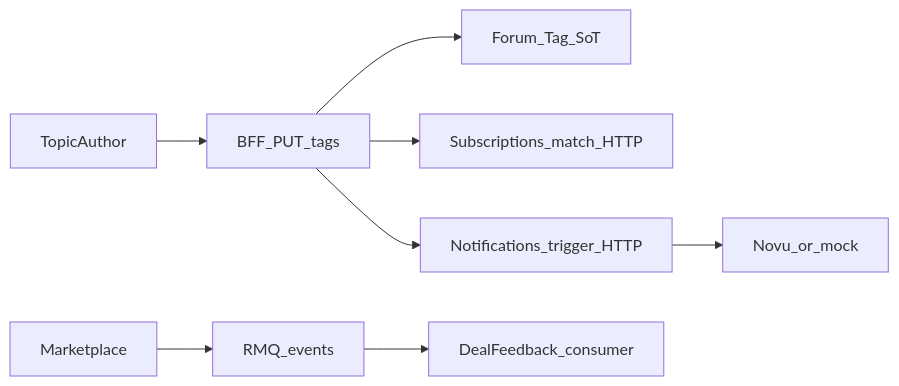
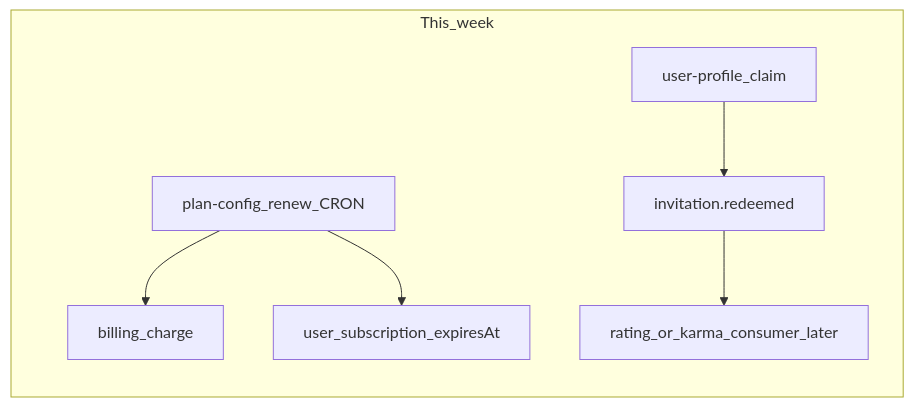
Before and after one commit to andrewb76/tavrida: the diagram in docs/00-meta/WORK-PLAN-NEXT.md, drawn with Mermaid. The commit also changed other lines of this file and 2 other files, not shown here.

First line of the commit message:
docs: draft WORK-PLAN-NEXT v0.2 for renew and invitation.redeemed

````diff
--- a/docs/00-meta/WORK-PLAN-NEXT.md
+++ b/docs/00-meta/WORK-PLAN-NEXT.md
@@ -19,10 +23,9 @@
 ```mermaid
 flowchart LR
-  Author[TopicAuthor] --> BFF[BFF_PUT_tags]
-  BFF --> Forum[Forum_Tag_SoT]
-  BFF --> Match[Subscriptions_match_HTTP]
-  BFF --> Notif[Notifications_trigger_HTTP]
-  Notif --> NovuOrMock[Novu_or_mock]
-  Marketplace --> RMQ[RMQ_events]
-  RMQ --> DealFeedback[DealFeedback_consumer]
+  subgraph weekFocus [This_week]
+    CRON[plan-config_renew_CRON] --> Billing[billing_charge]
+    CRON --> SubRow[user_subscription_expiresAt]
+    Claim[user-profile_claim] --> RMQ[invitation.redeemed]
+    RMQ --> RatingOpt[rating_or_karma_consumer_later]
+  end
 ```
````
